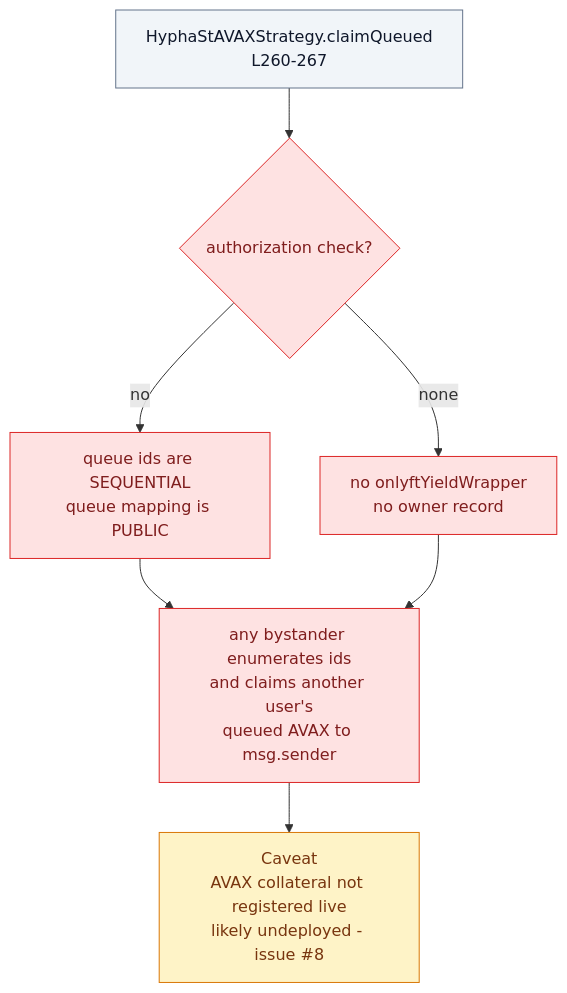
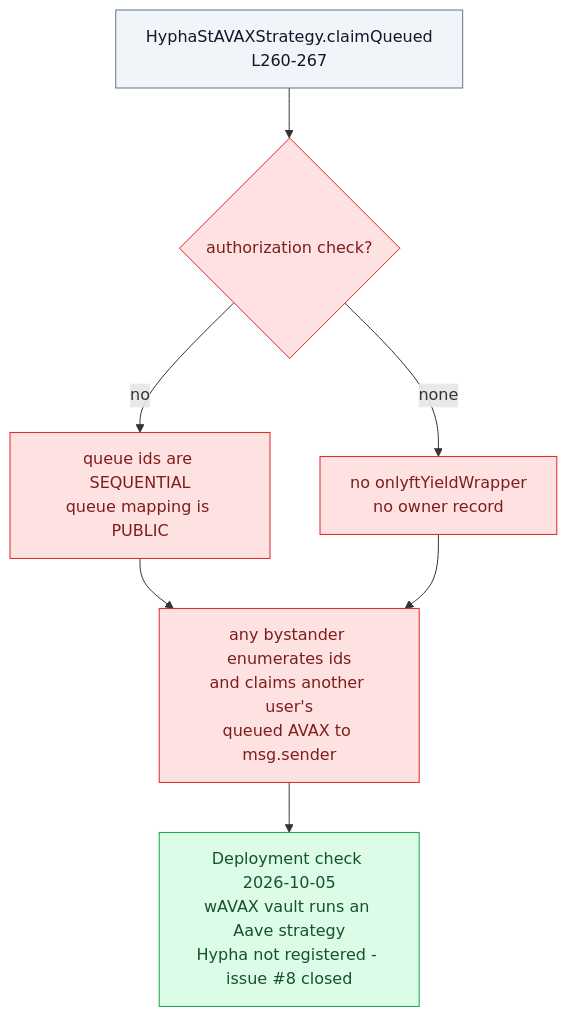
Before and after one commit to m0n3r0/flying-tulip-audit: the third of 5 diagrams in findings/04-ftput-putmanager.md, drawn with Mermaid. The commit also changed other lines of this file and 4 other files, not shown here.

First line of the commit message:
S-01 live deployment check (issue #8 closed): HyphaStAVAXStrategy not registered in any live vault

````diff
--- a/findings/04-ftput-putmanager.md
+++ b/findings/04-ftput-putmanager.md
@@ -183,18 +189,18 @@
 ```mermaid
 flowchart TD
     Q["HyphaStAVAXStrategy.claimQueued<br/>L260-267"]
     Q --> A{"authorization check?"}
     A -->|"none"| BAD["no onlyftYieldWrapper<br/>no owner record"]
     A -->|"no"| ENUM["queue ids are SEQUENTIAL<br/>queue mapping is PUBLIC"]
     ENUM --> THEFT["any bystander enumerates ids<br/>and claims another user's<br/>queued AVAX to msg.sender"]
     BAD --> THEFT
-    THEFT --> CAV["Caveat<br/>AVAX collateral not registered live<br/>likely undeployed - issue #8"]
+    THEFT --> CAV["Deployment check 2026-10-05<br/>wAVAX vault runs an Aave strategy<br/>Hypha not registered - issue #8 closed"]
 
     classDef good fill:#dcfce7,stroke:#16a34a,color:#14532d
     classDef warn fill:#fef3c7,stroke:#d97706,color:#78350f
     classDef bad fill:#fee2e2,stroke:#dc2626,color:#7f1d1d
     classDef neutral fill:#f1f5f9,stroke:#64748b,color:#0f172a
     class Q neutral
     class A,BAD,ENUM,THEFT bad
-    class CAV warn
+    class CAV good
 ```
````
